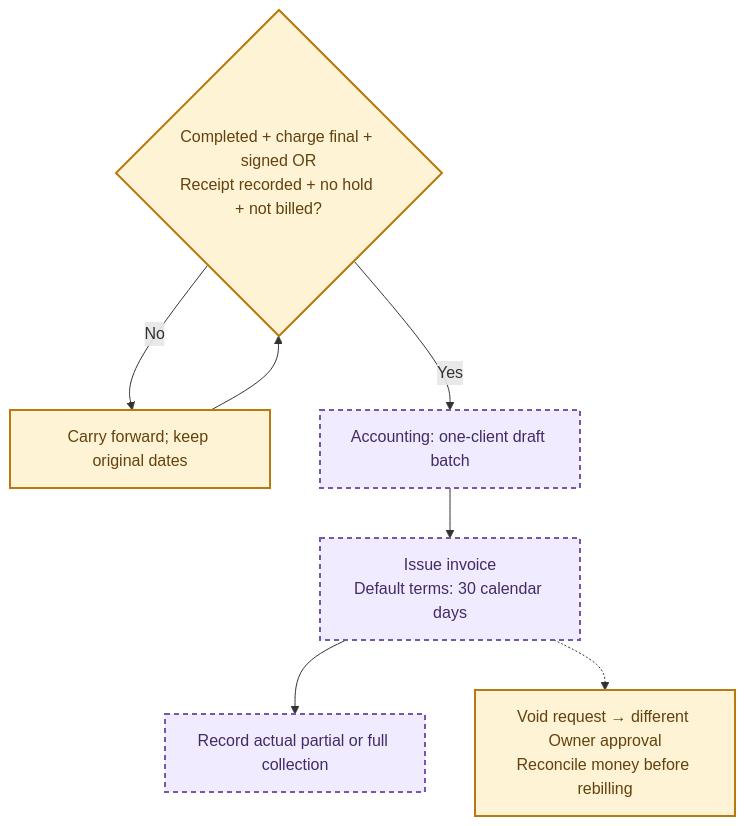
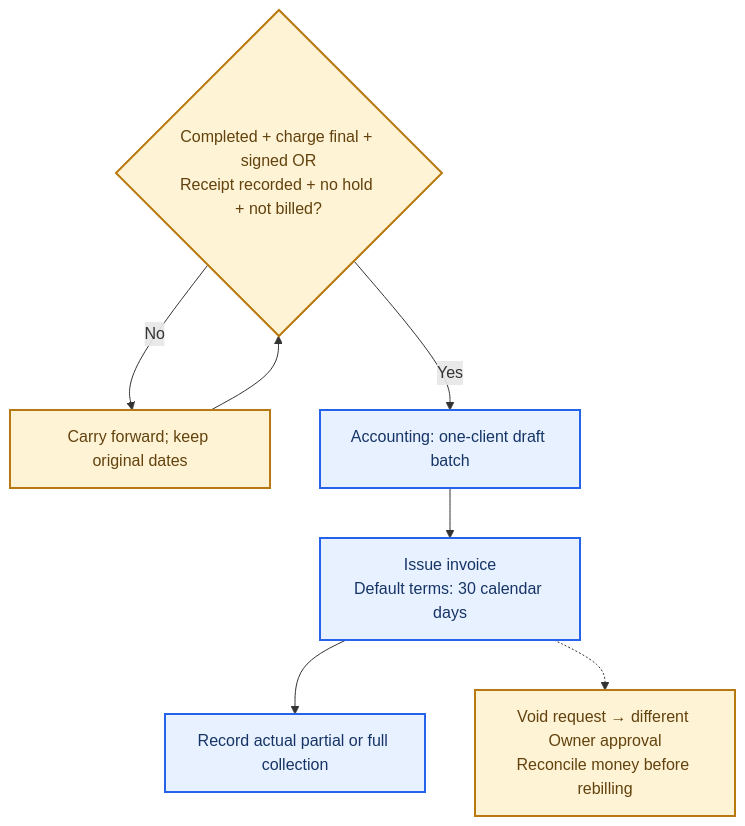
The sixth of 6 diagrams in docs/decisions/financial-policies.md (DanielVilla1/BM_Enterprises_Integration), drawn with Mermaid before and after one commit. The commit also changed other lines of this file and 104 other files, not shown here.

````diff
--- a/docs/decisions/financial-policies.md
+++ b/docs/decisions/financial-policies.md
@@ -235,14 +241,14 @@
 ```mermaid
 flowchart TB
     accTitle: Billing readiness and carry-over
     accDescr: Unready charges carry over; Accounting can bill eligible charges from multiple orders for one client.
     ready{"Completed + charge final + signed OR<br/>Receipt recorded + no hold + not billed?"}:::wait
     ready -->|No| carry["Carry forward; keep original dates"]:::wait
     carry --> ready
-    ready -->|Yes| batch["Accounting: one-client draft batch"]:::planned
-    batch --> issue["Issue invoice<br/>Default terms: 30 calendar days"]:::planned
-    issue --> payment["Record actual partial or full collection"]:::planned
+    ready -->|Yes| batch["Accounting: one-client draft batch"]:::action
+    batch --> issue["Issue invoice<br/>Default terms: 30 calendar days"]:::action
+    issue --> payment["Record actual partial or full collection"]:::action
     issue -.-> void["Void request → different Owner approval<br/>Reconcile money before rebilling"]:::wait
     classDef wait fill:#fff3d6,stroke:#b77910,color:#62420d,stroke-width:2px
-    classDef planned fill:#f0ebff,stroke:#7856ad,color:#412c65,stroke-width:2px,stroke-dasharray:5 4
+    classDef action fill:#e8f1ff,stroke:#2563eb,color:#163566,stroke-width:2px
 ```
````
